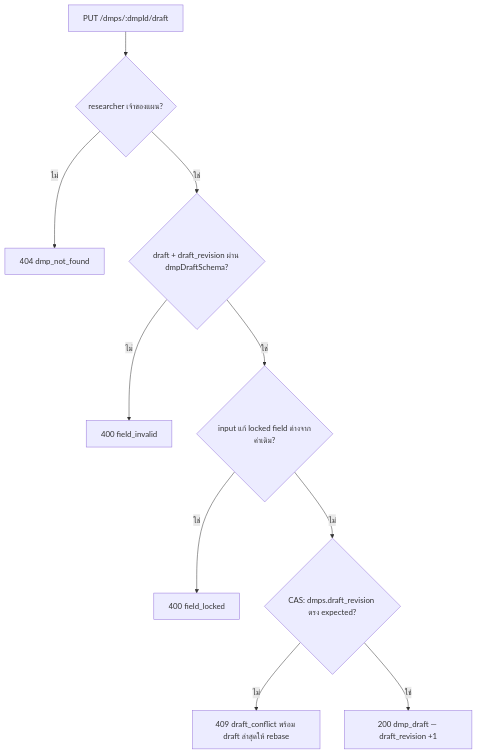
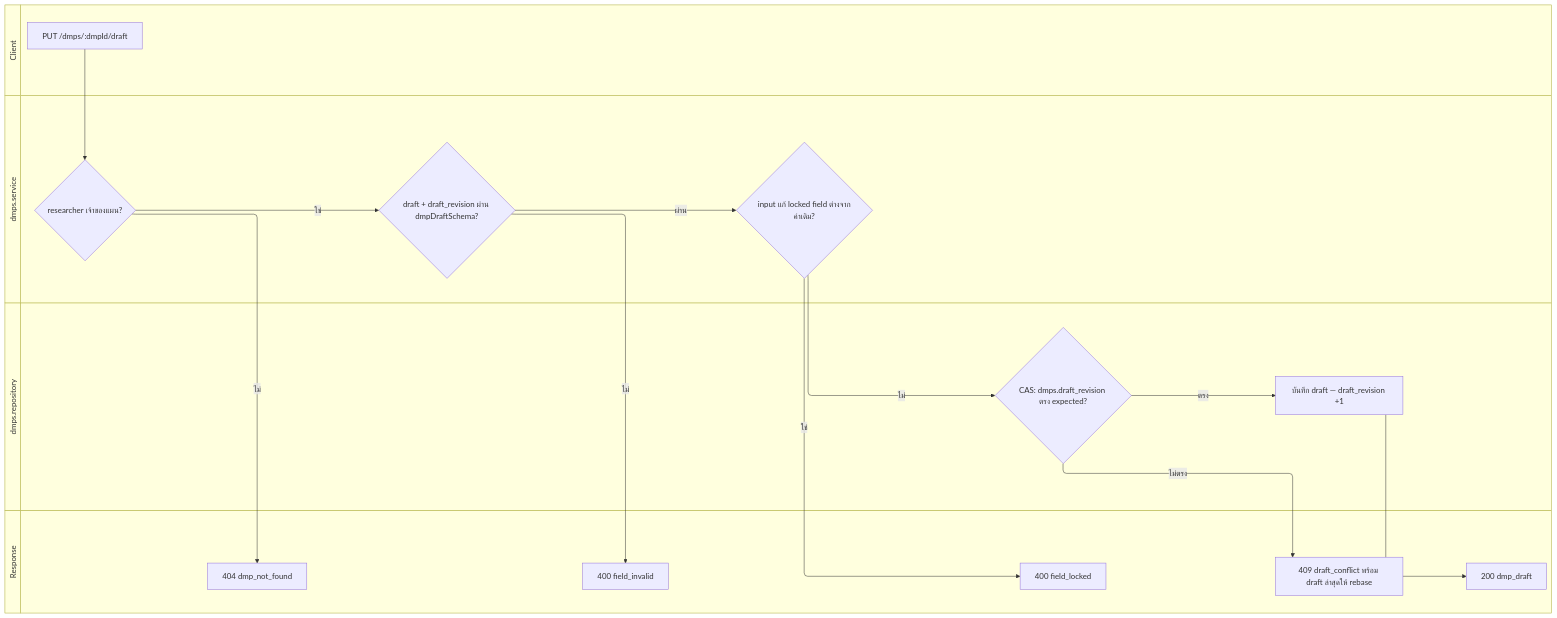
Before and after one commit to Open-Science-and-Data-management/Backend: the first of 3 diagrams in src/features/dmps/README.md, drawn with Mermaid. The commit also changed other lines of this file and 20 other files, not shown here.

````diff
--- a/src/features/dmps/README.md
+++ b/src/features/dmps/README.md
@@ -110,12 +191,32 @@
 ```mermaid
-flowchart TD
-    A[PUT /dmps/:dmpId/draft] --> B{researcher เจ้าของแผน?}
-    B -- ไม่ --> C[404 dmp_not_found]
-    B -- ใช่ --> D{draft + draft_revision ผ่าน dmpDraftSchema?}
-    D -- ไม่ --> E[400 field_invalid]
-    D -- ใช่ --> F{input แก้ locked field ต่างจากค่าเดิม?}
-    F -- ใช่ --> G[400 field_locked]
-    F -- ไม่ --> H{CAS: dmps.draft_revision ตรง expected?}
-    H -- ไม่ --> I[409 draft_conflict พร้อม draft ล่าสุดให้ rebase]
-    H -- ใช่ --> J[200 dmp_draft — draft_revision +1]
+swimlane-beta LR
+    subgraph client [Client]
+        A[PUT /dmps/:dmpId/draft]
+    end
+    subgraph svc [dmps.service]
+        B{researcher เจ้าของแผน?}
+        C{draft + draft_revision ผ่าน dmpDraftSchema?}
+        D{input แก้ locked field ต่างจากค่าเดิม?}
+    end
+    subgraph repo [dmps.repository]
+        E{CAS: dmps.draft_revision ตรง expected?}
+        F[บันทึก draft — draft_revision +1]
+    end
+    subgraph res [Response]
+        G[404 dmp_not_found]
+        H[400 field_invalid]
+        I[400 field_locked]
+        J[409 draft_conflict พร้อม draft ล่าสุดให้ rebase]
+        K[200 dmp_draft]
+    end
+    A --> B
+    B -->|ไม่| G
+    B -->|ใช่| C
+    C -->|ไม่| H
+    C -->|ผ่าน| D
+    D -->|ใช่| I
+    D -->|ไม่| E
+    E -->|ไม่ตรง| J
+    E -->|ตรง| F
+    F --> K
 ```
````
